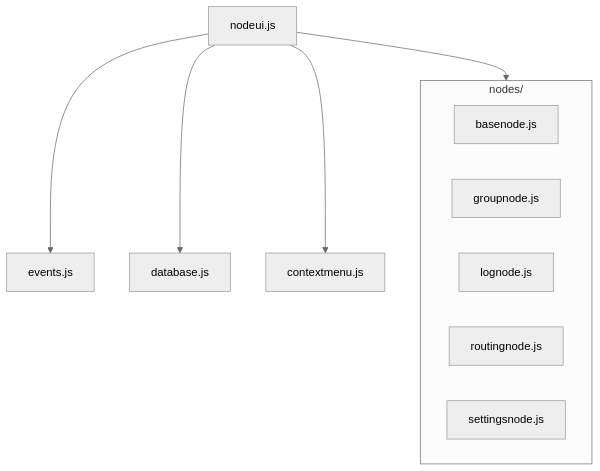
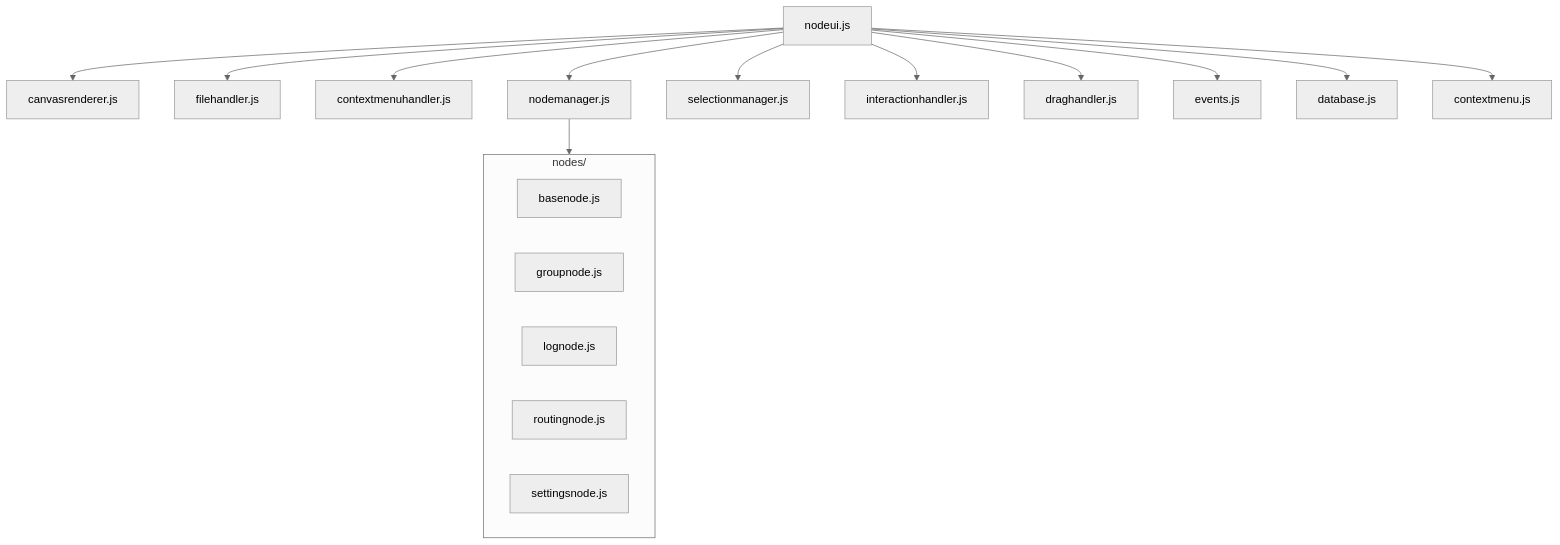
Before and after one commit to DangerDrome/NodeUI: the diagram in memory-bank/techContext.md, drawn with Mermaid (neutral theme). The commit also changed other lines of this file and 15 other files, not shown here.

````diff
--- a/memory-bank/techContext.md
+++ b/memory-bank/techContext.md
@@ -50,18 +57,23 @@
 ```mermaid
 flowchart TD
-    nodeui[nodeui.js] --> events[events.js]
+    nodeui[nodeui.js] --> canvasrenderer[canvasrenderer.js]
+    nodeui --> filehandler[filehandler.js]
+    nodeui --> contextmenuhandler[contextmenuhandler.js]
+    nodeui --> nodemanager[nodemanager.js]
+    nodeui --> selectionmanager[selectionmanager.js]
+    nodeui --> interactionhandler[interactionhandler.js]
+    nodeui --> draghandler[draghandler.js]
+    nodeui --> events[events.js]
     nodeui --> database[database.js]
     nodeui --> contextmenu[contextmenu.js]
-    
-
     
     subgraph nodes[nodes/]
         basenode[basenode.js]
         groupnode[groupnode.js]
         lognode[lognode.js]
         routingnode[routingnode.js]
         settingsnode[settingsnode.js]
     end
     
-    nodeui --> nodes
+    nodemanager --> nodes
 ```
````
